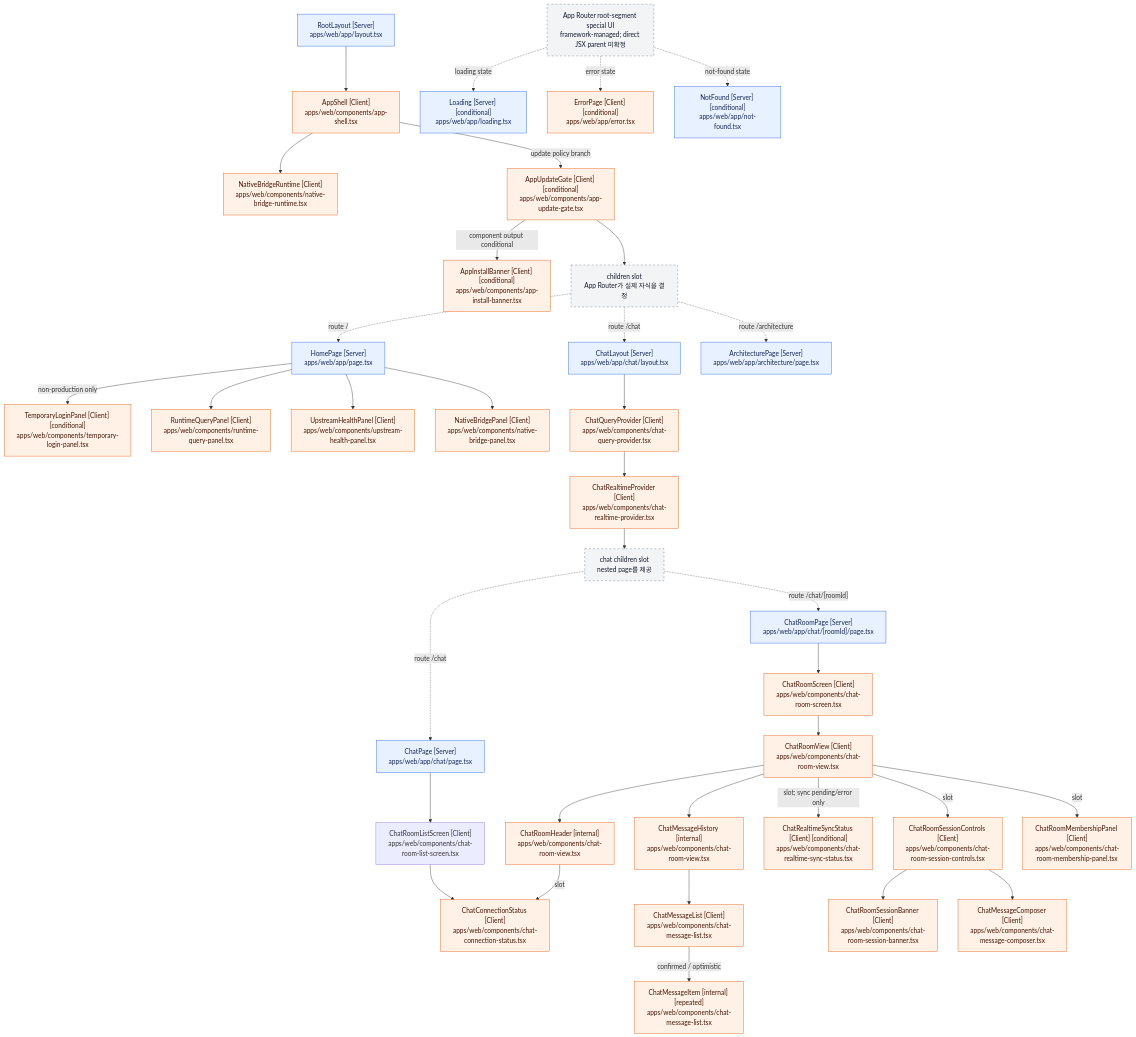
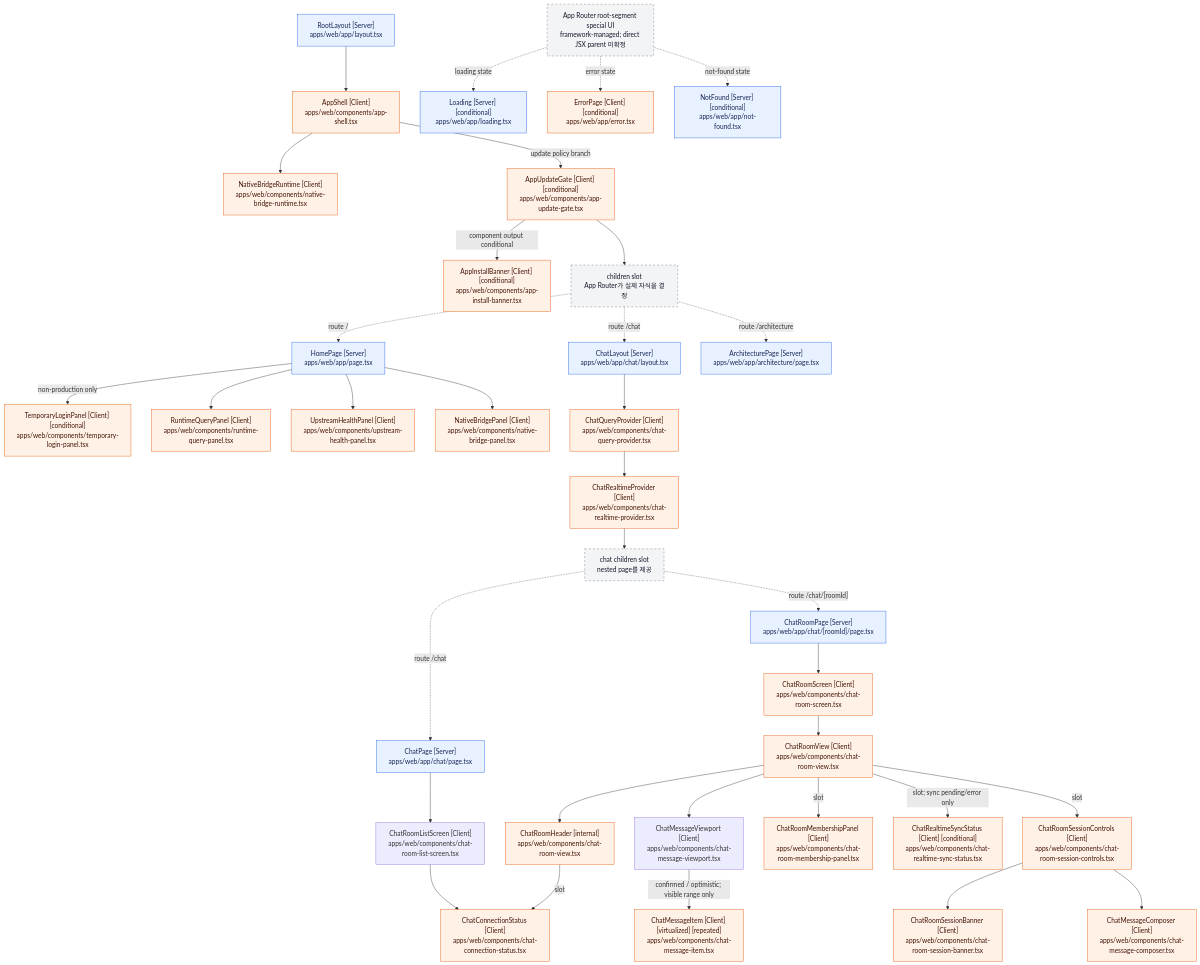
Before and after one commit to mokpombc17-coder/CIVIC-AI: the diagram in docs/architecture/react-component-tree.md, drawn with Mermaid. The commit also changed other lines of this file and 11 other files, not shown here.

Commit message:
feat(chat): virtualize message viewport

```diff
--- a/docs/architecture/react-component-tree.md
+++ b/docs/architecture/react-component-tree.md
@@ -149,9 +148,8 @@
     ChatRoomScreen["ChatRoomScreen [Client]<br/>apps/web/components/chat-room-screen.tsx"]
     ChatRoomView["ChatRoomView [Client]<br/>apps/web/components/chat-room-view.tsx"]
     ChatRoomHeader["ChatRoomHeader [internal]<br/>apps/web/components/chat-room-view.tsx"]
-    ChatMessageHistory["ChatMessageHistory [internal]<br/>apps/web/components/chat-room-view.tsx"]
-    ChatMessageList["ChatMessageList [Client]<br/>apps/web/components/chat-message-list.tsx"]
-    ChatMessageItem["ChatMessageItem [internal] [repeated]<br/>apps/web/components/chat-message-list.tsx"]
+    ChatMessageViewport["ChatMessageViewport [Client]<br/>apps/web/components/chat-message-viewport.tsx"]
+    ChatMessageItem["ChatMessageItem [Client] [virtualized] [repeated]<br/>apps/web/components/chat-message-item.tsx"]
     ChatRoomMembershipPanel["ChatRoomMembershipPanel [Client]<br/>apps/web/components/chat-room-membership-panel.tsx"]
     ChatConnectionStatus["ChatConnectionStatus [Client]<br/>apps/web/components/chat-connection-status.tsx"]
     ChatRealtimeSyncStatus["ChatRealtimeSyncStatus [Client] [conditional]<br/>apps/web/components/chat-realtime-sync-status.tsx"]
@@ -190,9 +188,8 @@
     ChatRoomScreen --> ChatRoomView
     ChatRoomView --> ChatRoomHeader
     ChatRoomHeader -->|"slot"| ChatConnectionStatus
-    ChatRoomView --> ChatMessageHistory
-    ChatMessageHistory --> ChatMessageList
-    ChatMessageList -->|"confirmed / optimistic"| ChatMessageItem
+    ChatRoomView --> ChatMessageViewport
+    ChatMessageViewport -->|"confirmed / optimistic; visible range only"| ChatMessageItem
     ChatRoomView -->|"slot; sync pending/error only"| ChatRealtimeSyncStatus
     ChatRoomView -->|"slot"| ChatRoomSessionControls
     ChatRoomSessionControls --> ChatRoomSessionBanner
```
